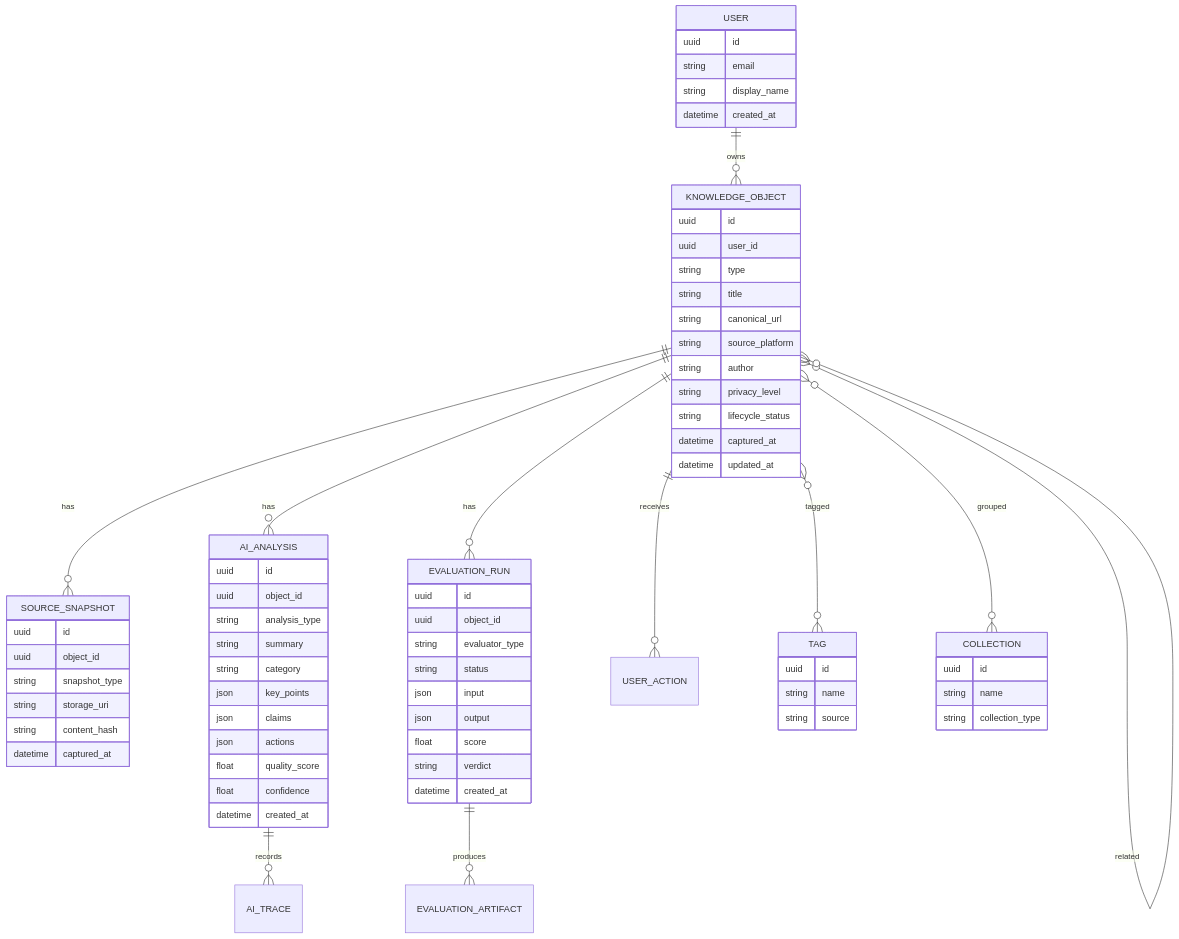
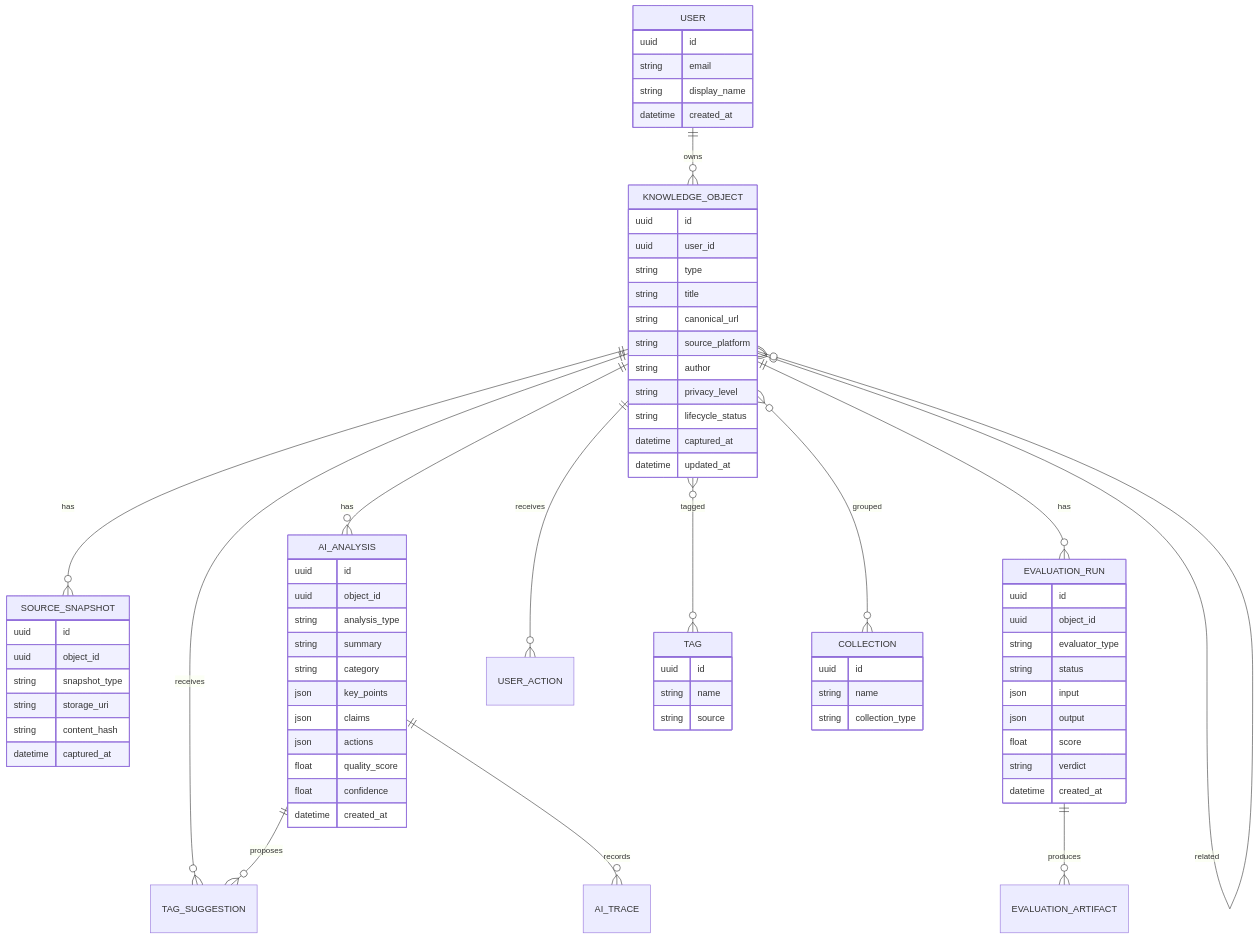
Before and after one commit to SayHISayHI/link-world: the fourth of 8 diagrams in docs/architecture.md, drawn with Mermaid. The commit also changed other lines of this file and 52 other files, not shown here.

```diff
--- a/docs/architecture.md
+++ b/docs/architecture.md
@@ -416,6 +416,8 @@
   KNOWLEDGE_OBJECT ||--o{ EVALUATION_RUN : has
   KNOWLEDGE_OBJECT ||--o{ USER_ACTION : receives
   KNOWLEDGE_OBJECT }o--o{ TAG : tagged
+  KNOWLEDGE_OBJECT ||--o{ TAG_SUGGESTION : receives
+  AI_ANALYSIS ||--o{ TAG_SUGGESTION : proposes
   KNOWLEDGE_OBJECT }o--o{ COLLECTION : grouped
   KNOWLEDGE_OBJECT }o--o{ KNOWLEDGE_OBJECT : related
   AI_ANALYSIS ||--o{ AI_TRACE : records
```
